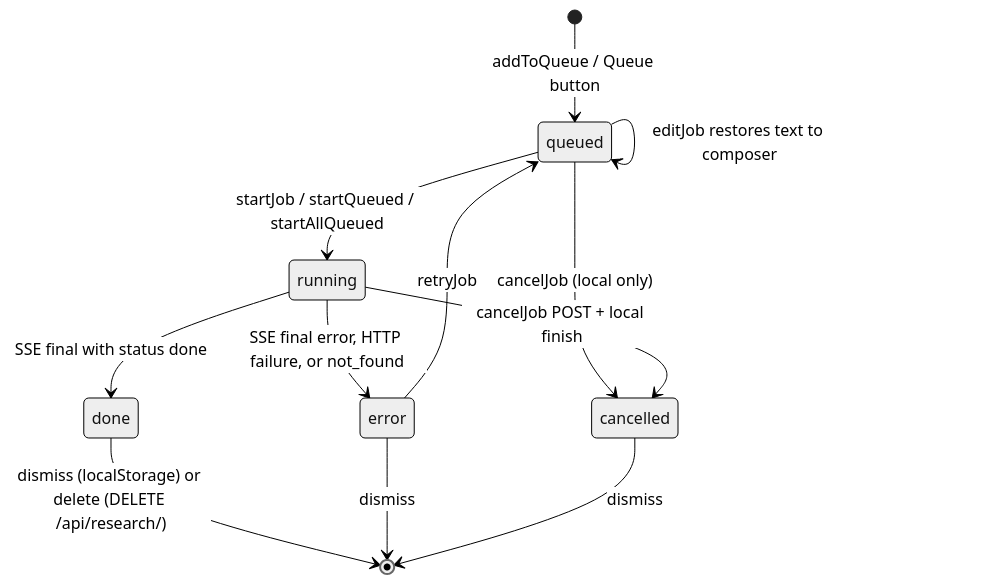
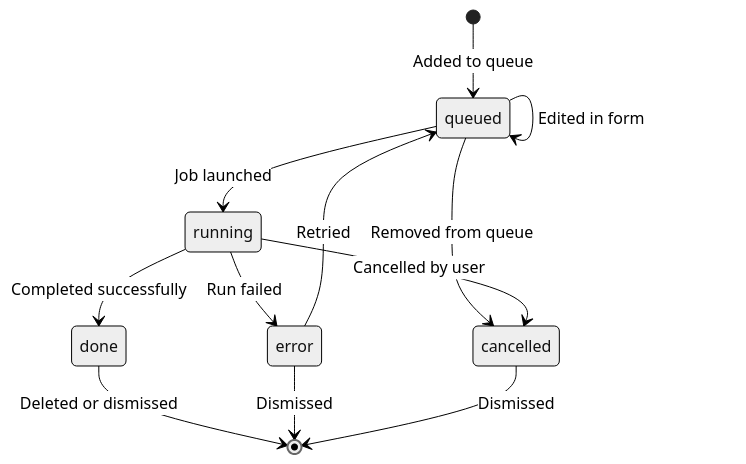
The second of 3 diagrams in docs/guides/research.md (yash-dev007/Zephyrus), drawn with Mermaid (neutral theme) before and after one commit. The commit also changed other lines of this file and 34 other files, not shown here.

````diff
--- a/docs/guides/research.md
+++ b/docs/guides/research.md
@@ -373,14 +222,14 @@
 ```mermaid
 stateDiagram-v2
-    [*] --> queued: addToQueue / Queue button
-    queued --> running: startJob / startQueued / startAllQueued
-    queued --> cancelled: cancelJob (local only)
-    queued --> queued: editJob restores text to composer
-    running --> done: SSE final with status done
-    running --> error: SSE final error, HTTP failure, or not_found
-    running --> cancelled: cancelJob POST + local finish
-    error --> queued: retryJob
-    done --> [*]: dismiss (localStorage) or delete (DELETE /api/research/<id>)
-    error --> [*]: dismiss
-    cancelled --> [*]: dismiss
+    [*] --> queued: Added to queue
+    queued --> running: Job launched
+    queued --> cancelled: Removed from queue
+    queued --> queued: Edited in form
+    running --> done: Completed successfully
+    running --> error: Run failed
+    running --> cancelled: Cancelled by user
+    error --> queued: Retried
+    done --> [*]: Deleted or dismissed
+    error --> [*]: Dismissed
+    cancelled --> [*]: Dismissed
 ```
````
